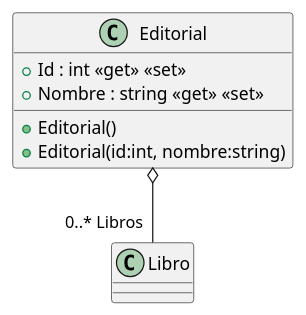
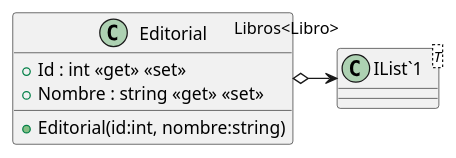
The diagram in src/AppForSEII.API/ClassDiagram/Editorial.puml (ISII2627LosElnes/ISII2627LosElnes), drawn with PlantUML before and after one commit. The commit also changed 6 other files, not shown here.

```diff
--- a/src/AppForSEII.API/ClassDiagram/Editorial.puml
+++ b/src/AppForSEII.API/ClassDiagram/Editorial.puml
@@ -1,12 +1,10 @@
 @startuml
-
 class Editorial {
-    + Editorial()
     + Editorial(id:int, nombre:string)
     + Id : int <<get>> <<set>>
     + Nombre : string <<get>> <<set>>
 }
-
-Editorial o-- "0..* Libros" "Libro"
-
+class "IList`1"<T> {
+}
+Editorial o-> "Libros<Libro>" "IList`1"
 @enduml
```
